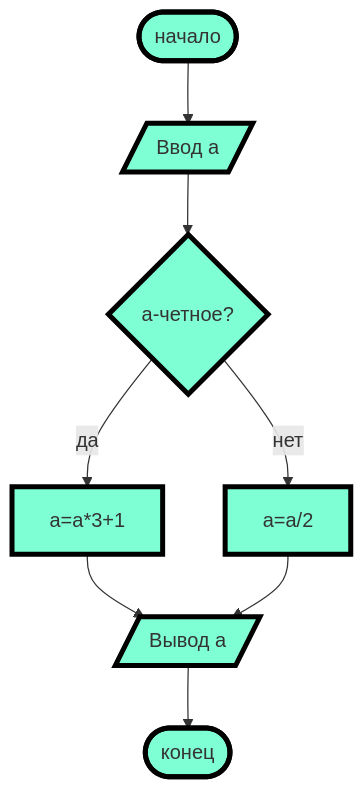
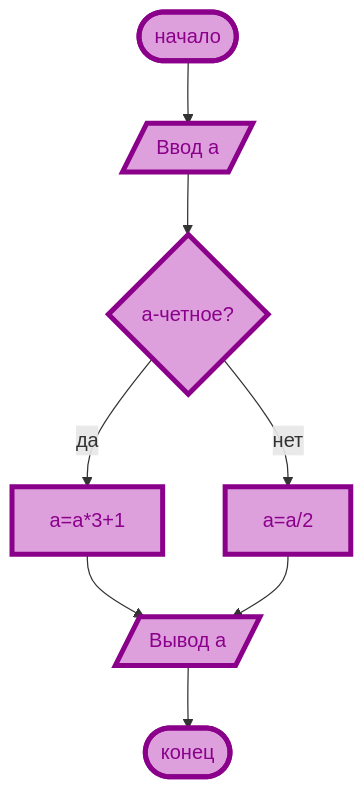
Diagram 14 of 14 in README.md (SofiiaBobr5565/Mermaid_syntax_hints_for_md), drawn with Mermaid before and after one commit. The commit also changed other lines of this file, not shown here.

````diff
--- a/README.md
+++ b/README.md
@@ -154,12 +155,12 @@
 ```mermaid
 flowchart TB
-classDef s1 fill:#7FFFD4, stroke:#000, stroke-width:4px
+classDef s1 fill:#DDA0DD, stroke:#8B008B,color:#8B008B, stroke-width:4px
      a(["начало"]):::s1
      b[/Ввод а/]:::s1
      a-->b-->c{"a-четное?"}:::s1
      c-->|да| f[a=a*3+1]:::s1
      c-->|нет| g[a=a/2]:::s1
      f-->d[/Вывод а/]:::s1
      g-->d[/Вывод а/]
      d-->h(["конец"]):::s1
 ```
````
